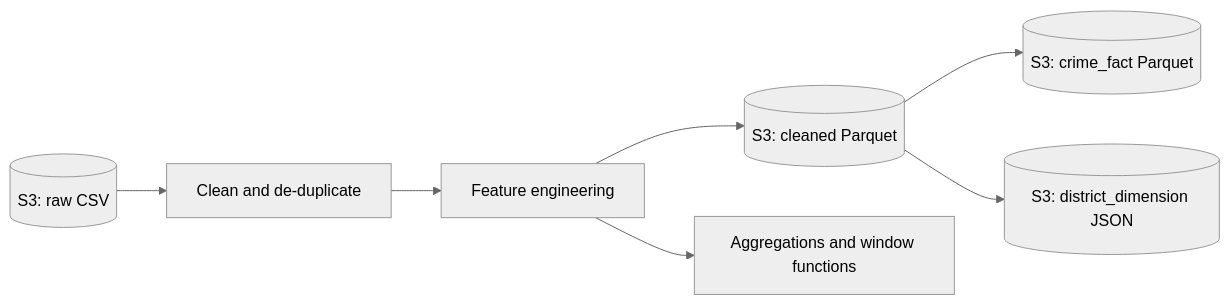
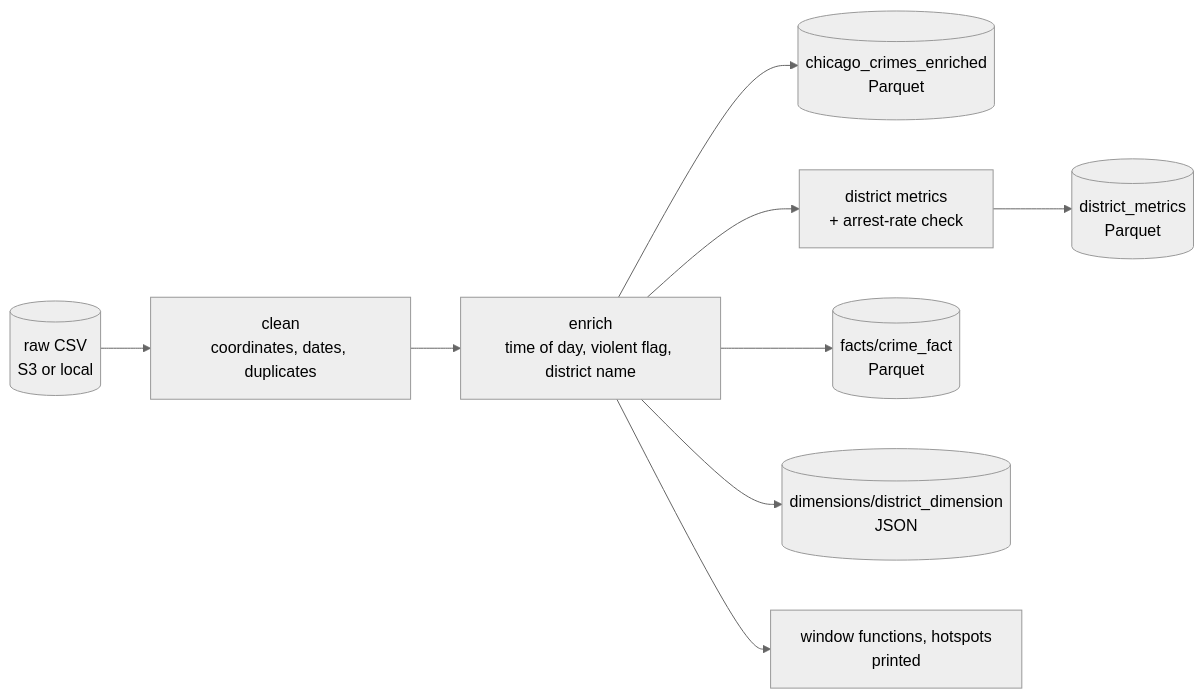
Before and after one commit to ArturLy263/chicago-crime-spark-pipeline: the diagram in README.md, drawn with Mermaid (neutral theme). The commit also changed other lines of this file, not shown here.

Commit message:
docs: document the packaged job, local run, tests and what was verified where

````diff
--- a/README.md
+++ b/README.md
@@ -26,9 +18,11 @@
 ```mermaid
 flowchart LR
-    Raw[(S3: raw CSV)] --> Clean[Clean and de-duplicate]
-    Clean --> Enrich[Feature engineering]
-    Enrich --> Clean_pq[(S3: cleaned Parquet)]
-    Enrich --> Agg[Aggregations and window functions]
-    Clean_pq --> Fact[(S3: crime_fact Parquet)]
-    Clean_pq --> Dim[(S3: district_dimension JSON)]
+    Raw[(raw CSV<br/>S3 or local)] --> Clean[clean<br/>coordinates, dates, duplicates]
+    Clean --> Enrich[enrich<br/>time of day, violent flag, district name]
+    Enrich --> Enr[(chicago_crimes_enriched<br/>Parquet)]
+    Enrich --> Metrics[district metrics<br/>+ arrest-rate check]
+    Metrics --> M[(district_metrics<br/>Parquet)]
+    Enrich --> Fact[(facts/crime_fact<br/>Parquet)]
+    Enrich --> Dim[(dimensions/district_dimension<br/>JSON)]
+    Enrich --> Win[window functions, hotspots<br/>printed]
 ```
````
